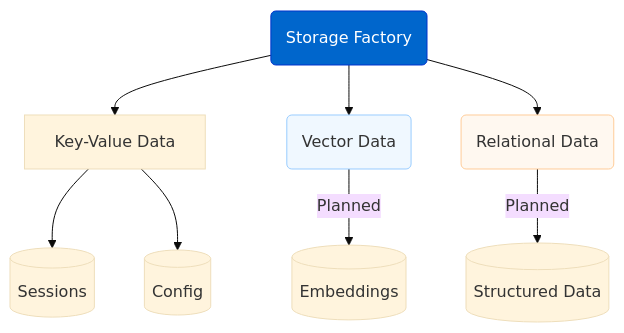
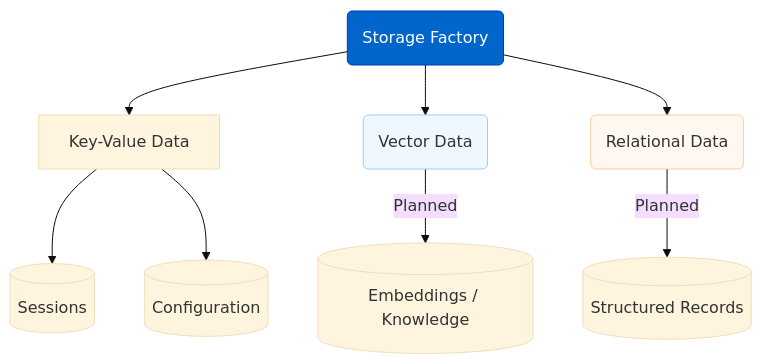
The second of 2 diagrams in docs/roadmap/storage-abstraction.md (AgentDock/AgentDock), drawn with Mermaid (base theme) before and after one commit. The commit also changed other lines of this file and 4 other files, not shown here.

````diff
--- a/docs/roadmap/storage-abstraction.md
+++ b/docs/roadmap/storage-abstraction.md
@@ -50,16 +50,16 @@
 ```mermaid
 graph TD
     A(Storage Factory) --> KV[Key-Value Data]
     A --> VEC(Vector Data)
     A --> REL(Relational Data)
 
     KV --> KVSess[(Sessions)]
-    KV --> KVConf[(Config)]
+    KV --> KVConf[(Configuration)]
     
-    VEC -- Planned --> VECEmb[(Embeddings)]
-    REL -- Planned --> RELStruct[(Structured Data)]
+    VEC -- Planned --> VECEmb[(Embeddings / Knowledge)]
+    REL -- Planned --> RELStruct[(Structured Records)]
 
     style A fill:#0066cc,color:#ffffff,stroke:#0033cc
     style VEC fill:#f0f8ff,stroke:#99ccff
     style REL fill:#fff8f0,stroke:#ffcc99
 ```
````
